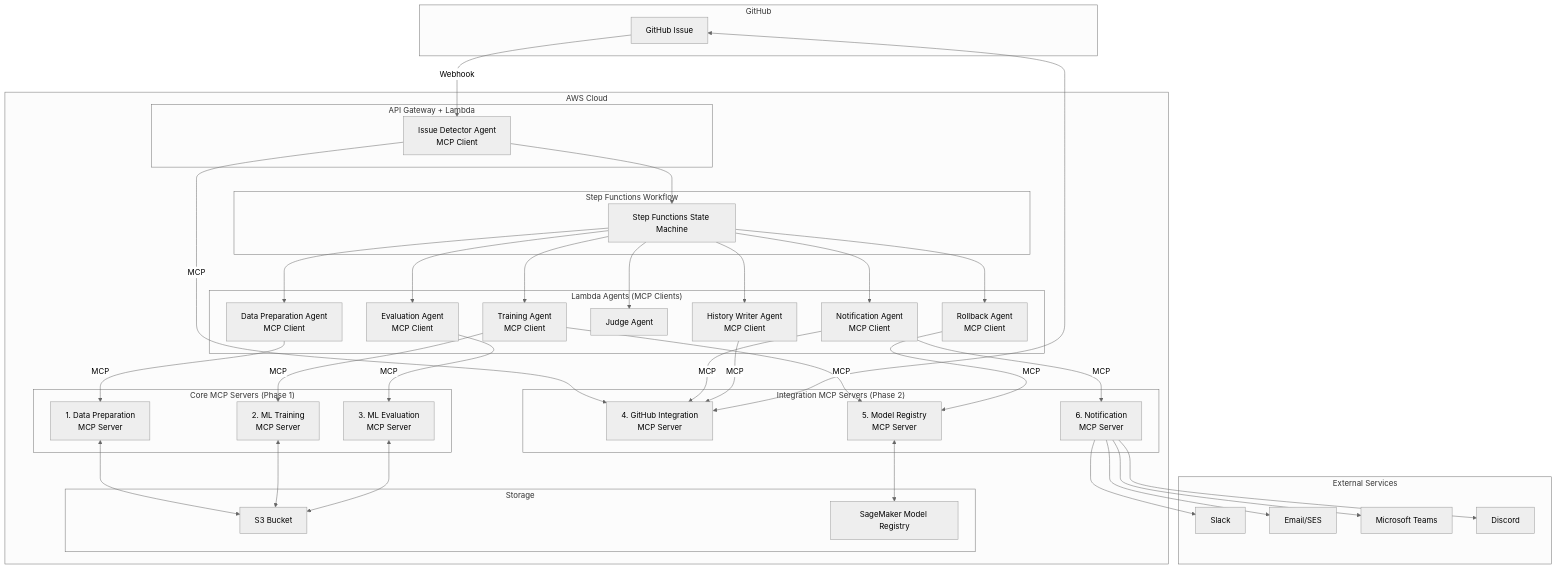
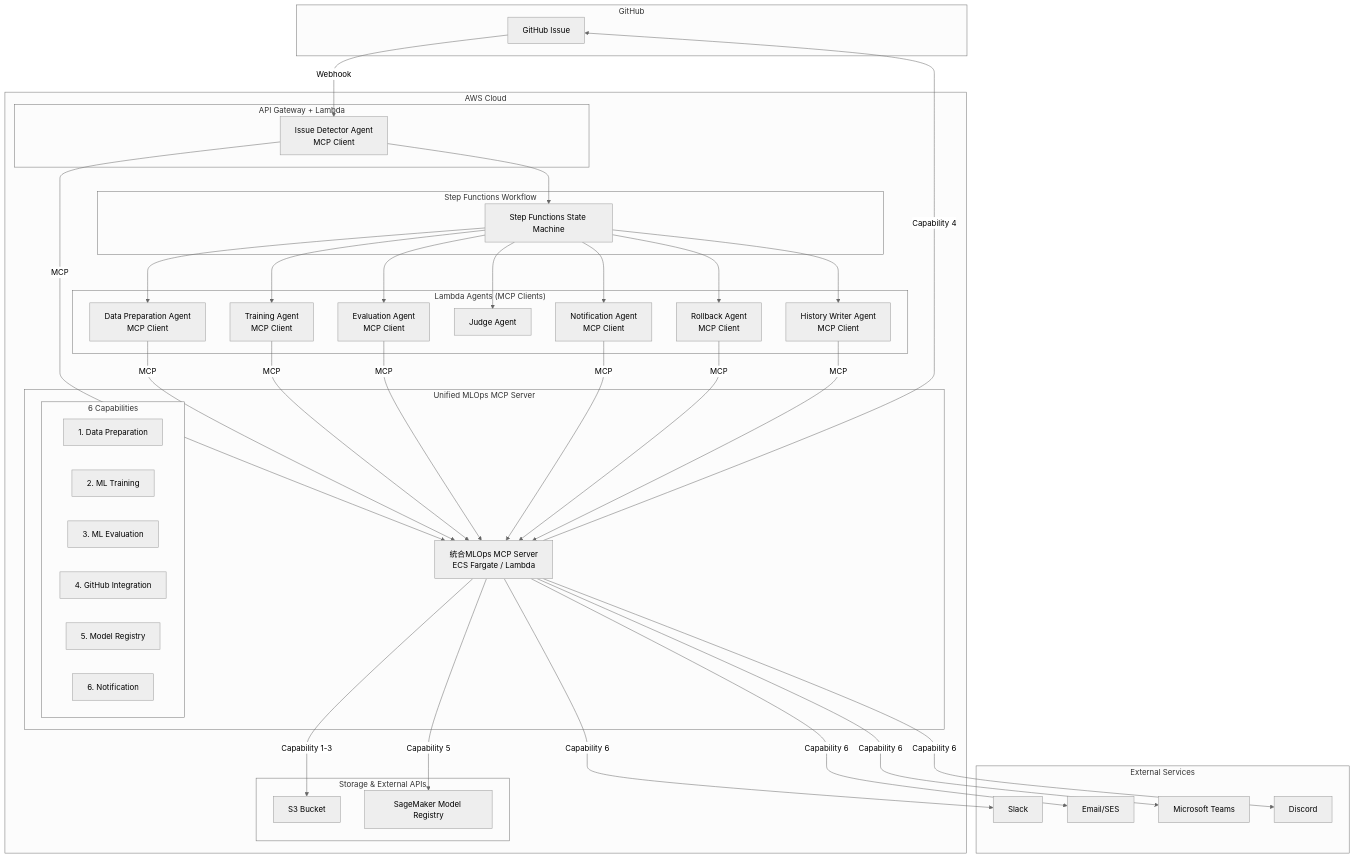
The first of 2 diagrams in mcp_design.md (Hi3369/MLOps), drawn with Mermaid (neutral theme) before and after one commit. The commit also changed other lines of this file and 2 other files, not shown here.

First line of the commit message:
Design: Switch to Unified MCP Server architecture

````diff
--- a/mcp_design.md
+++ b/mcp_design.md
@@ -234,81 +249,78 @@
 ```mermaid
 graph TB
     subgraph "GitHub"
         GH_ISSUE[GitHub Issue]
     end
 
     subgraph "External Services"
         SLACK[Slack]
         EMAIL[Email/SES]
         TEAMS[Microsoft Teams]
         DISCORD[Discord]
     end
 
     subgraph "AWS Cloud"
         subgraph "API Gateway + Lambda"
             ISSUE_DETECTOR[Issue Detector Agent<br/>MCP Client]
         end
 
         subgraph "Step Functions Workflow"
             SF[Step Functions State Machine]
         end
 
         subgraph "Lambda Agents (MCP Clients)"
             DATA_PREP[Data Preparation Agent<br/>MCP Client]
             TRAINING[Training Agent<br/>MCP Client]
             EVALUATION[Evaluation Agent<br/>MCP Client]
             JUDGE[Judge Agent]
             NOTIFICATION[Notification Agent<br/>MCP Client]
             ROLLBACK[Rollback Agent<br/>MCP Client]
             HISTORY[History Writer Agent<br/>MCP Client]
         end
 
-        subgraph "Core MCP Servers (Phase 1)"
-            MCP_DATA[1. Data Preparation<br/>MCP Server]
-            MCP_TRAIN[2. ML Training<br/>MCP Server]
-            MCP_EVAL[3. ML Evaluation<br/>MCP Server]
+        subgraph "Unified MLOps MCP Server"
+            MCP_SERVER[統合MLOps MCP Server<br/>ECS Fargate / Lambda]
+
+            subgraph "6 Capabilities"
+                CAP_DATA[1. Data Preparation]
+                CAP_TRAIN[2. ML Training]
+                CAP_EVAL[3. ML Evaluation]
+                CAP_GITHUB[4. GitHub Integration]
+                CAP_REGISTRY[5. Model Registry]
+                CAP_NOTIFY[6. Notification]
+            end
         end
 
-        subgraph "Integration MCP Servers (Phase 2)"
-            MCP_GITHUB[4. GitHub Integration<br/>MCP Server]
-            MCP_REGISTRY[5. Model Registry<br/>MCP Server]
-            MCP_NOTIFY[6. Notification<br/>MCP Server]
-        end
-
-        subgraph "Storage"
+        subgraph "Storage & External APIs"
             S3[S3 Bucket]
             SAGEMAKER_REGISTRY[SageMaker Model Registry]
         end
     end
 
     GH_ISSUE -->|Webhook| ISSUE_DETECTOR
-    ISSUE_DETECTOR -->|MCP| MCP_GITHUB
+    ISSUE_DETECTOR -->|MCP| MCP_SERVER
     ISSUE_DETECTOR --> SF
 
     SF --> DATA_PREP
     SF --> TRAINING
     SF --> EVALUATION
     SF --> JUDGE
     SF --> NOTIFICATION
     SF --> ROLLBACK
     SF --> HISTORY
 
-    DATA_PREP -->|MCP| MCP_DATA
-    TRAINING -->|MCP| MCP_TRAIN
-    TRAINING -->|MCP| MCP_REGISTRY
-    EVALUATION -->|MCP| MCP_EVAL
-    NOTIFICATION -->|MCP| MCP_NOTIFY
-    NOTIFICATION -->|MCP| MCP_GITHUB
-    ROLLBACK -->|MCP| MCP_REGISTRY
-    HISTORY -->|MCP| MCP_GITHUB
+    DATA_PREP -->|MCP| MCP_SERVER
+    TRAINING -->|MCP| MCP_SERVER
+    EVALUATION -->|MCP| MCP_SERVER
+    NOTIFICATION -->|MCP| MCP_SERVER
+    ROLLBACK -->|MCP| MCP_SERVER
+    HISTORY -->|MCP| MCP_SERVER
 
-    MCP_DATA <--> S3
-    MCP_TRAIN <--> S3
-    MCP_EVAL <--> S3
-    MCP_REGISTRY <--> SAGEMAKER_REGISTRY
-    MCP_GITHUB <--> GH_ISSUE
-    MCP_NOTIFY --> SLACK
-    MCP_NOTIFY --> EMAIL
-    MCP_NOTIFY --> TEAMS
-    MCP_NOTIFY --> DISCORD
+    MCP_SERVER -->|Capability 1-3| S3
+    MCP_SERVER -->|Capability 5| SAGEMAKER_REGISTRY
+    MCP_SERVER -->|Capability 4| GH_ISSUE
+    MCP_SERVER -->|Capability 6| SLACK
+    MCP_SERVER -->|Capability 6| EMAIL
+    MCP_SERVER -->|Capability 6| TEAMS
+    MCP_SERVER -->|Capability 6| DISCORD
 ```
````
